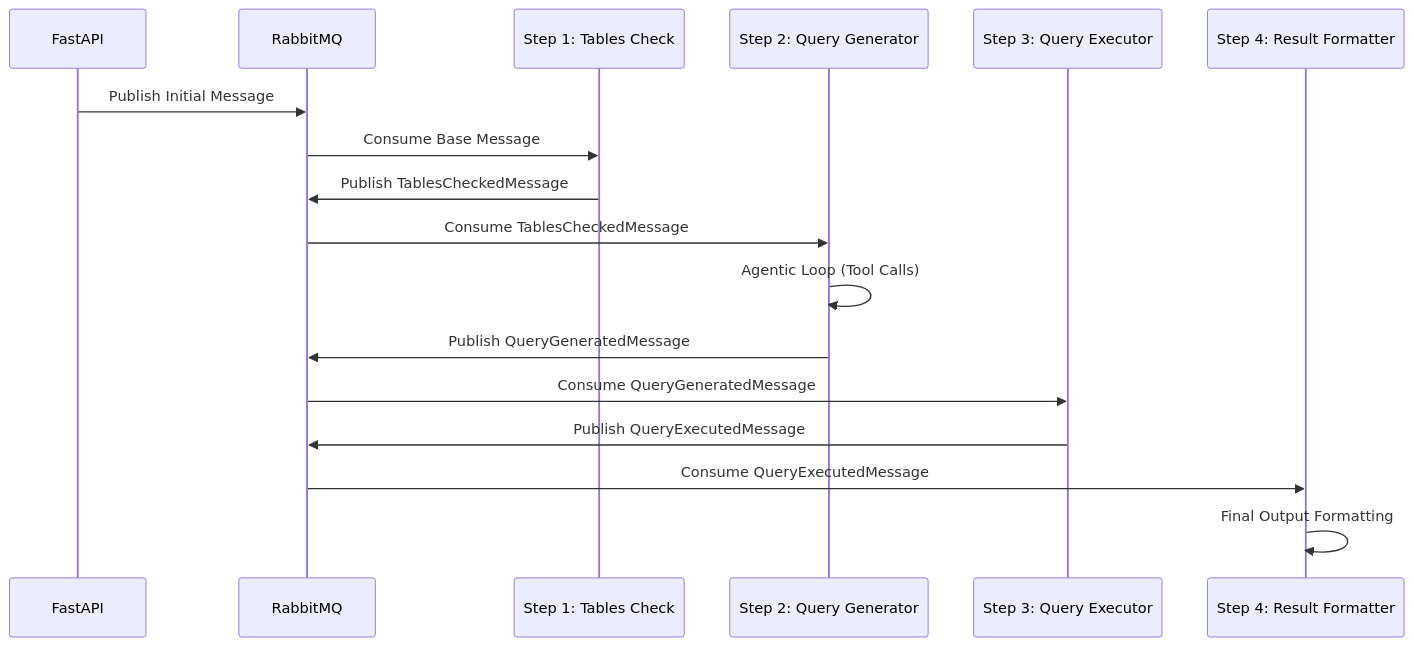
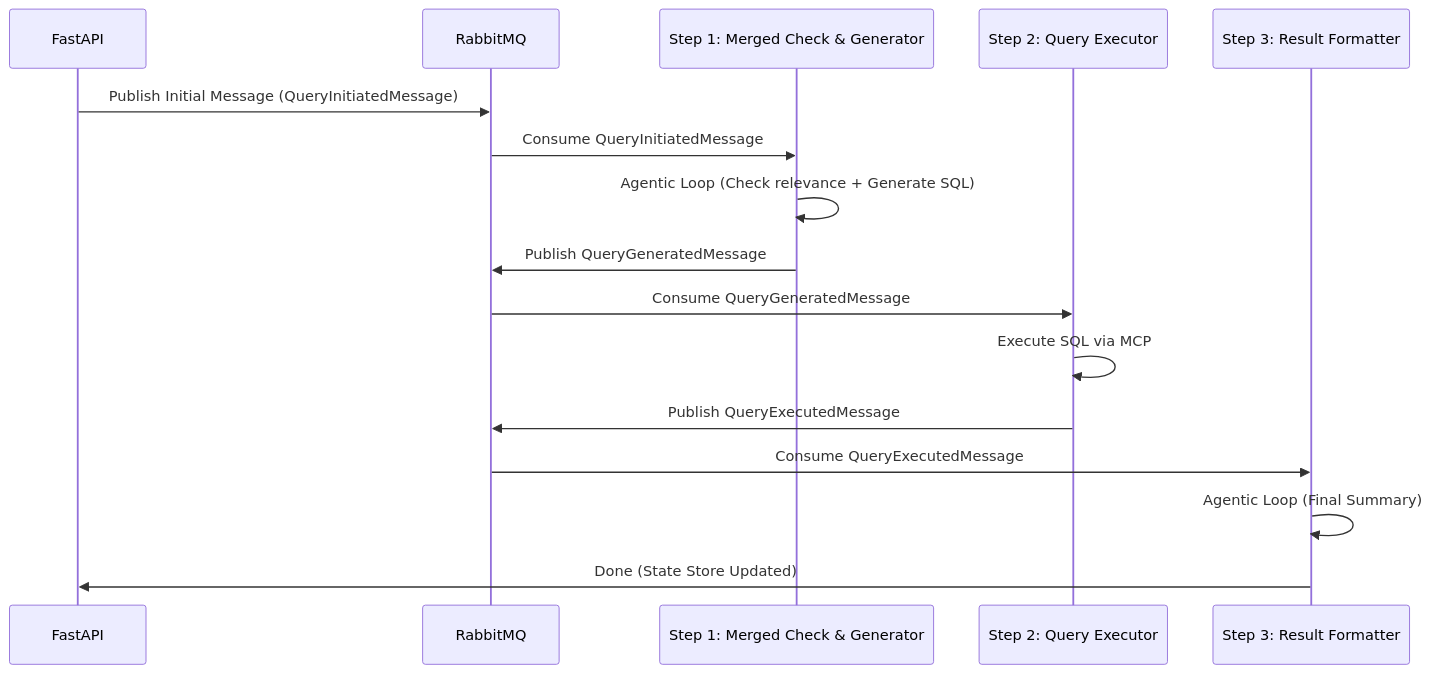
Before and after one commit to nadermedhet148/sql-insight-engine: the second of 2 diagrams in README.md, drawn with Mermaid. The commit also changed other lines of this file and 1 other file, not shown here.

Commit message:
feat: Merge tables check and query generation steps in the saga diagram and add interaction history to the query executor's return.

````diff
--- a/README.md
+++ b/README.md
@@ -50,20 +50,19 @@
 ```mermaid
 sequenceDiagram
     participant API as FastAPI
     participant RMQ as RabbitMQ
-    participant T as Step 1: Tables Check
-    participant G as Step 2: Query Generator
-    participant E as Step 3: Query Executor
-    participant F as Step 4: Result Formatter
+    participant G as Step 1: Merged Check & Generator
+    participant E as Step 2: Query Executor
+    participant F as Step 3: Result Formatter
     
-    API->>RMQ: Publish Initial Message
-    RMQ->>T: Consume Base Message
-    T->>RMQ: Publish TablesCheckedMessage
-    RMQ->>G: Consume TablesCheckedMessage
-    G->>G: Agentic Loop (Tool Calls)
+    API->>RMQ: Publish Initial Message (QueryInitiatedMessage)
+    RMQ->>G: Consume QueryInitiatedMessage
+    G->>G: Agentic Loop (Check relevance + Generate SQL)
     G->>RMQ: Publish QueryGeneratedMessage
     RMQ->>E: Consume QueryGeneratedMessage
+    E->>E: Execute SQL via MCP
     E->>RMQ: Publish QueryExecutedMessage
     RMQ->>F: Consume QueryExecutedMessage
-    F->>F: Final Output Formatting
+    F->>F: Agentic Loop (Final Summary)
+    F->>API: Done (State Store Updated)
 ```
````
